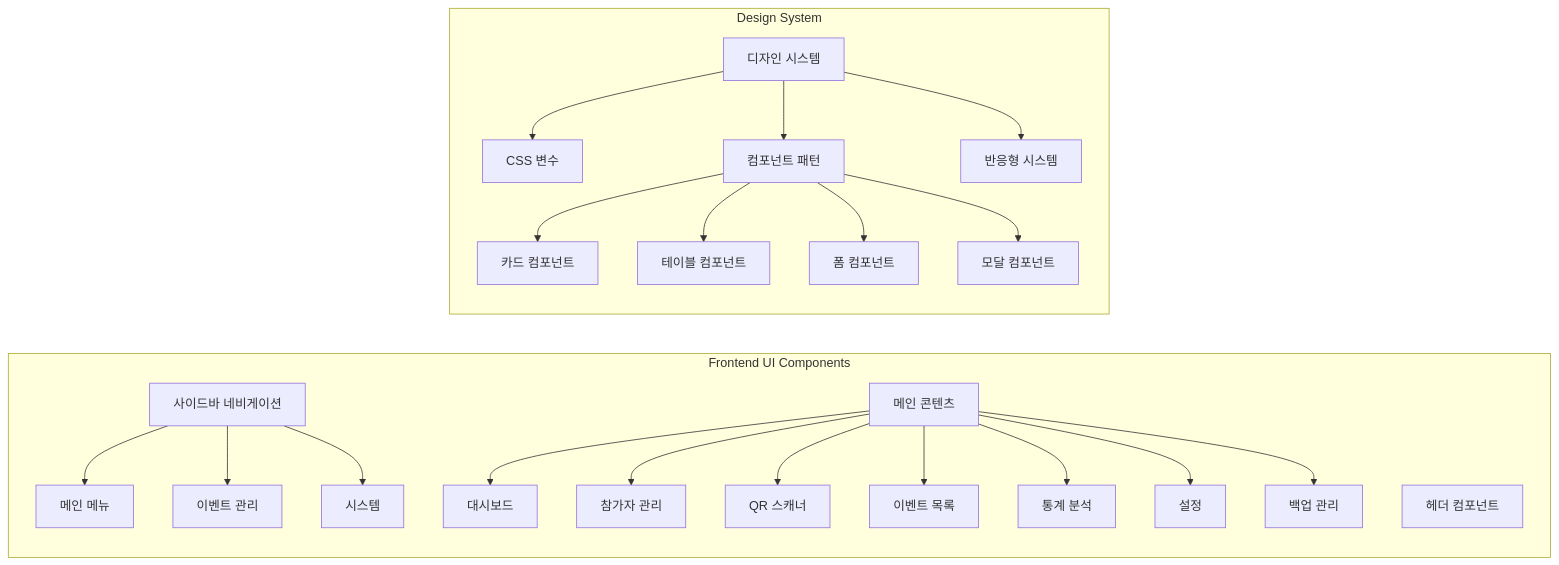
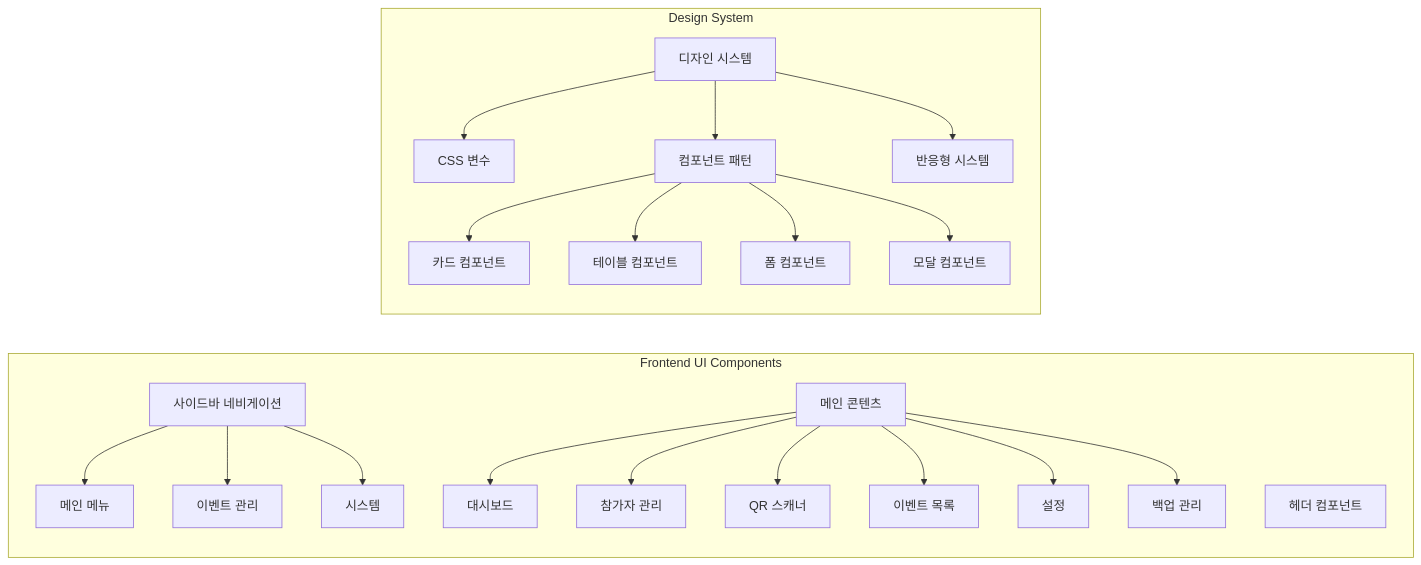
One commit to pghoya2956/QR-Entrance-System changed the first of 5 diagrams in CLAUDE.md. Above: the diagram before and after it, drawn with Mermaid. The commit also changed other lines of this file and 20 other files, not shown here.

````diff
--- a/CLAUDE.md
+++ b/CLAUDE.md
@@ -67,32 +67,31 @@
 ```mermaid
 graph LR
     subgraph "Frontend UI Components"
         SB[사이드바 네비게이션]
         HD[헤더 컴포넌트]
         MC[메인 콘텐츠]
         
         SB --> M1[메인 메뉴]
         SB --> M2[이벤트 관리]
         SB --> M3[시스템]
         
         MC --> P1[대시보드]
         MC --> P2[참가자 관리]
         MC --> P3[QR 스캐너]
         MC --> P4[이벤트 목록]
-        MC --> P5[통계 분석]
-        MC --> P6[설정]
-        MC --> P7[백업 관리]
+        MC --> P5[설정]
+        MC --> P6[백업 관리]
     end
     
     subgraph "Design System"
         DS[디자인 시스템]
         DS --> CV[CSS 변수]
         DS --> CP[컴포넌트 패턴]
         DS --> RS[반응형 시스템]
         
         CP --> Cards[카드 컴포넌트]
         CP --> Tables[테이블 컴포넌트]
         CP --> Forms[폼 컴포넌트]
         CP --> Modals[모달 컴포넌트]
     end
 ```
````
